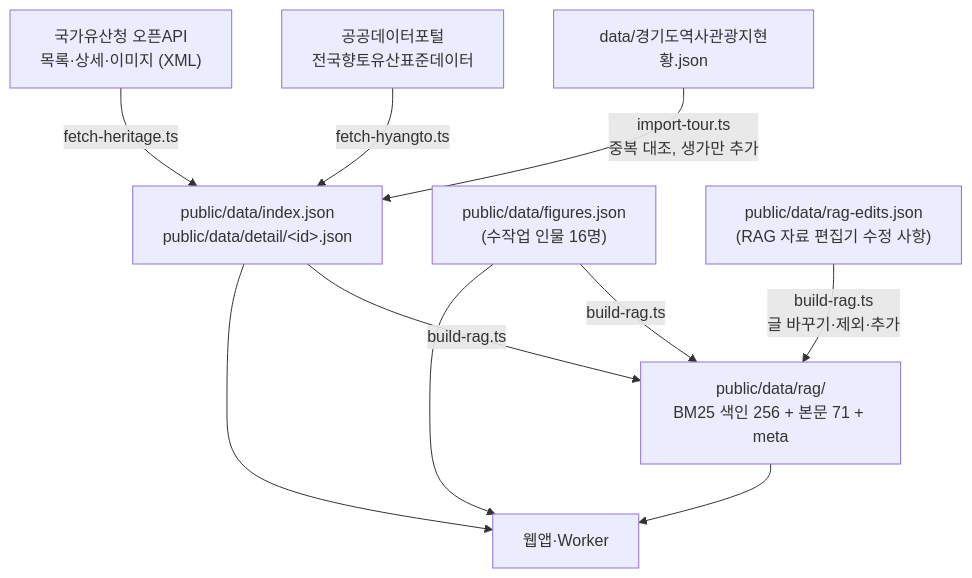
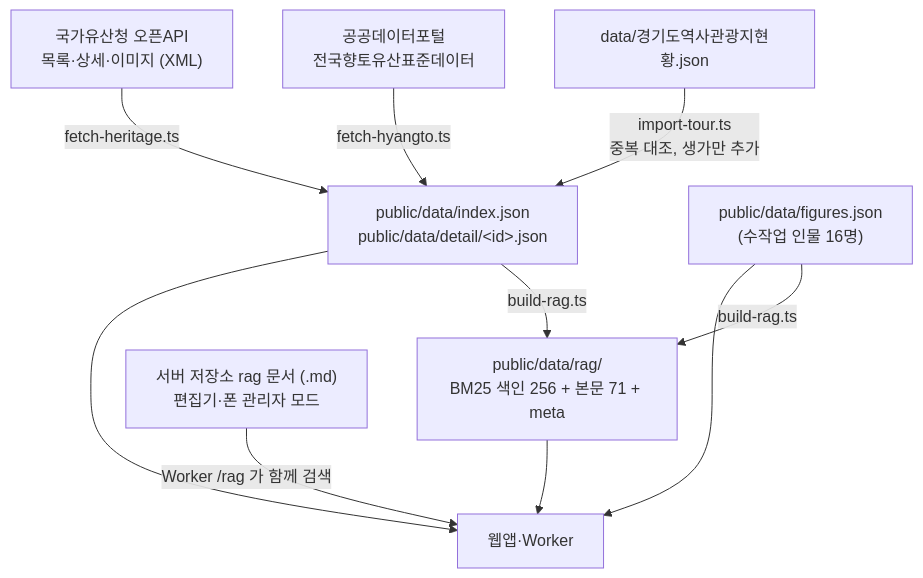
One commit to Hanbyeol5/arHeritage changed the fourth of 6 diagrams in README.md. Above: the diagram before and after it, drawn with Mermaid. The commit also changed other lines of this file and 10 other files, not shown here.

First line of the commit message:
서버 저장소: 3D 모델·RAG 자료·외부 RAG 인물 설정을 Workers KV 에 저장

````diff
--- a/README.md
+++ b/README.md
@@ -169,12 +171,12 @@
 ```mermaid
 flowchart TD
   A["국가유산청 오픈API<br/>목록·상세·이미지 (XML)"] -->|fetch-heritage.ts| I["public/data/index.json<br/>public/data/detail/&lt;id&gt;.json"]
   B["공공데이터포털<br/>전국향토유산표준데이터"] -->|fetch-hyangto.ts| I
   C["data/경기도역사관광지현황.json"] -->|import-tour.ts<br/>중복 대조, 생가만 추가| I
   F["public/data/figures.json<br/>(수작업 인물 16명)"] --> APP["웹앱·Worker"]
   I --> APP
   I -->|build-rag.ts| RG["public/data/rag/<br/>BM25 색인 256 + 본문 71 + meta"]
   F -->|build-rag.ts| RG
-  E["public/data/rag-edits.json<br/>(RAG 자료 편집기 수정 사항)"] -->|build-rag.ts<br/>글 바꾸기·제외·추가| RG
   RG --> APP
+  E["서버 저장소 rag 문서 (.md)<br/>편집기·폰 관리자 모드"] -->|Worker /rag 가 함께 검색| APP
 ```
````
